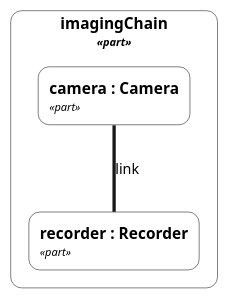
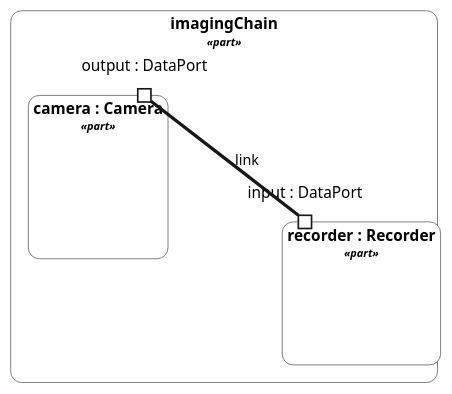
One commit to Open-MBEE/OpenSysML changed the first of 2 diagrams in internal/doc/docrender/testdata/telescope_report.plantuml.golden.md. Above: the diagram before and after it, drawn with PlantUML. The commit also changed 44 other files, not shown here.

````diff
--- a/internal/doc/docrender/testdata/telescope_report.plantuml.golden.md
+++ b/internal/doc/docrender/testdata/telescope_report.plantuml.golden.md
@@ -83,50 +83,54 @@
 ```plantuml
 @startuml
 ' Observatory::interconnectView — interconnection rendering (render asInterconnectionDiagram)
 <style>
 root {
   BackGroundColor white
   FontName SansSerif
   FontSize 14
   FontColor black
   LineColor #181818
   HorizontalAlignment left
 }
 element {
   BackGroundColor white
   LineColor #181818
   LineThickness 0.5
   RoundCorner 0
   Shadowing 0.0
 }
 start, end, activityBar {
   BackGroundColor black
 }
 arrow {
   LineColor #181818
   LineThickness 1
   FontSize 13
 }
 note {
   BackGroundColor #FEFFDD
   FontSize 13
 }
 .usage {
   RoundCorner 20
 }
 .package {
   LineThickness 1.5
 }
 .region {
   LineStyle 4
 }
 </style>
 skinparam wrapWidth 300
 hide stereotype
 rectangle "**imagingChain**\n<size:10>//«part»//</size>" as n0 <<part>> <<usage>> {
-  rectangle "**camera : Camera**\n<size:10>//«part»//</size>" as n1 <<part>> <<usage>>
-  rectangle "**recorder : Recorder**\n<size:10>//«part»//</size>" as n2 <<part>> <<usage>>
+  rectangle "**camera : Camera**\n<size:10>//«part»//</size>" as n1 <<part>> <<usage>> {
+    port "output : DataPort" as n1.0
+  }
+  rectangle "**recorder : Recorder**\n<size:10>//«part»//</size>" as n2 <<part>> <<usage>> {
+    port "input : DataPort" as n2.0
+  }
 }
-n1 -[thickness=3]- n2 : link
+n1.0 -[thickness=3]- n2.0 : link
 @enduml
 ```
````
